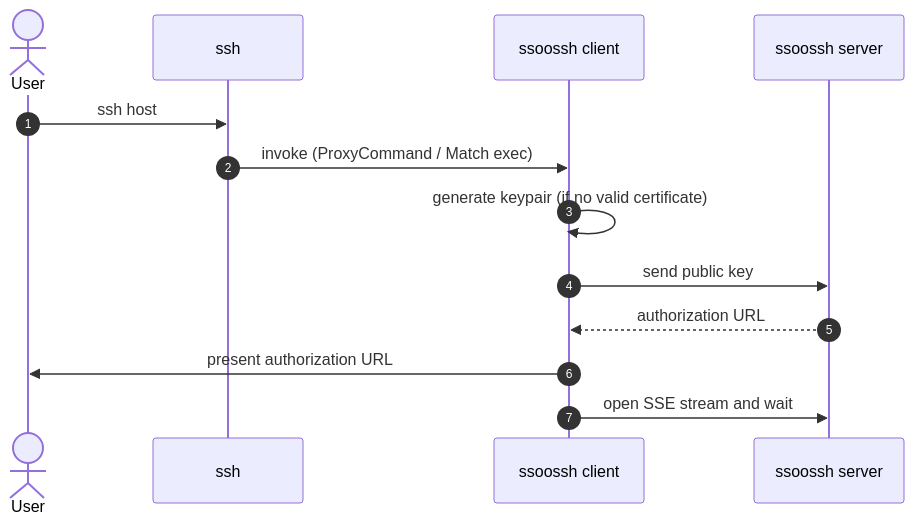
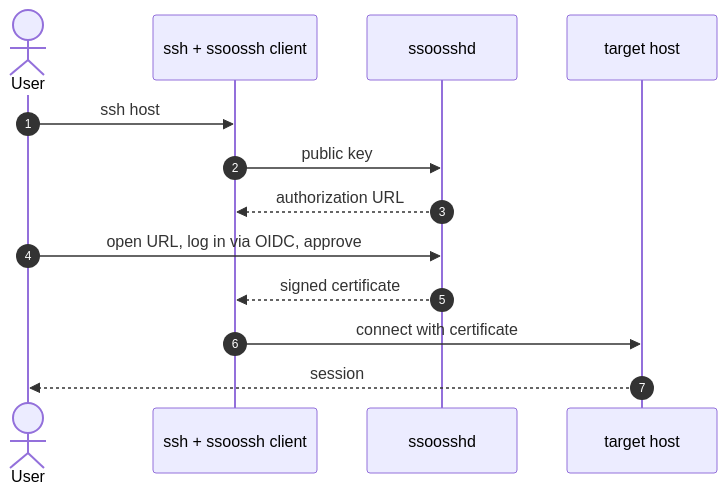
One commit to mnestor/ssoossh changed the diagram in README.md. Above: the diagram before and after it, drawn with Mermaid. The commit also changed other lines of this file and 81 other files, not shown here.

````diff
--- a/README.md
+++ b/README.md
@@ -42,16 +34,16 @@
 ```mermaid
 sequenceDiagram
     autonumber
     actor User
-    participant SSH as ssh
-    participant Client as ssoossh client
-    participant Server as ssoossh server
+    participant SSH as ssh + ssoossh client
+    participant Server as ssoosshd
+    participant Host as target host
 
     User->>SSH: ssh host
-    SSH->>Client: invoke (ProxyCommand / Match exec)
-    Client->>Client: generate keypair (if no valid certificate)
-    Client->>Server: send public key
-    Server-->>Client: authorization URL
-    Client->>User: present authorization URL
-    Client->>Server: open SSE stream and wait
+    SSH->>Server: public key
+    Server-->>SSH: authorization URL
+    User->>Server: open URL, log in via OIDC, approve
+    Server-->>SSH: signed certificate
+    SSH->>Host: connect with certificate
+    Host-->>User: session
 ```
````
